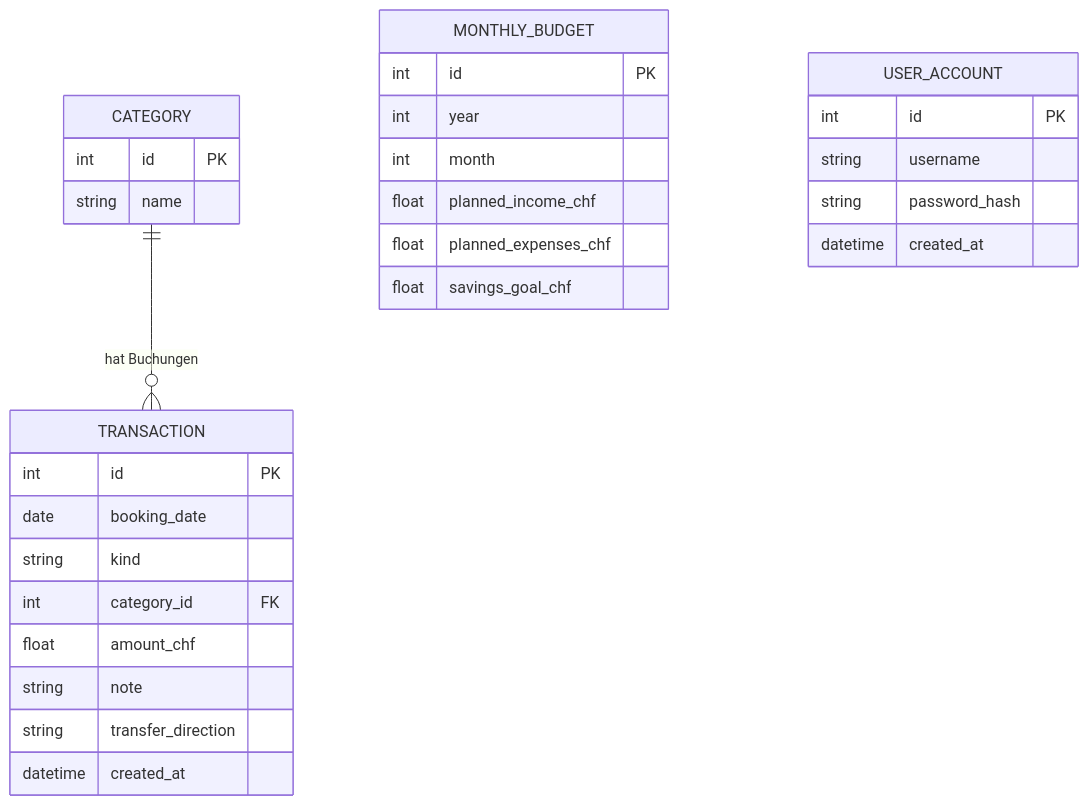
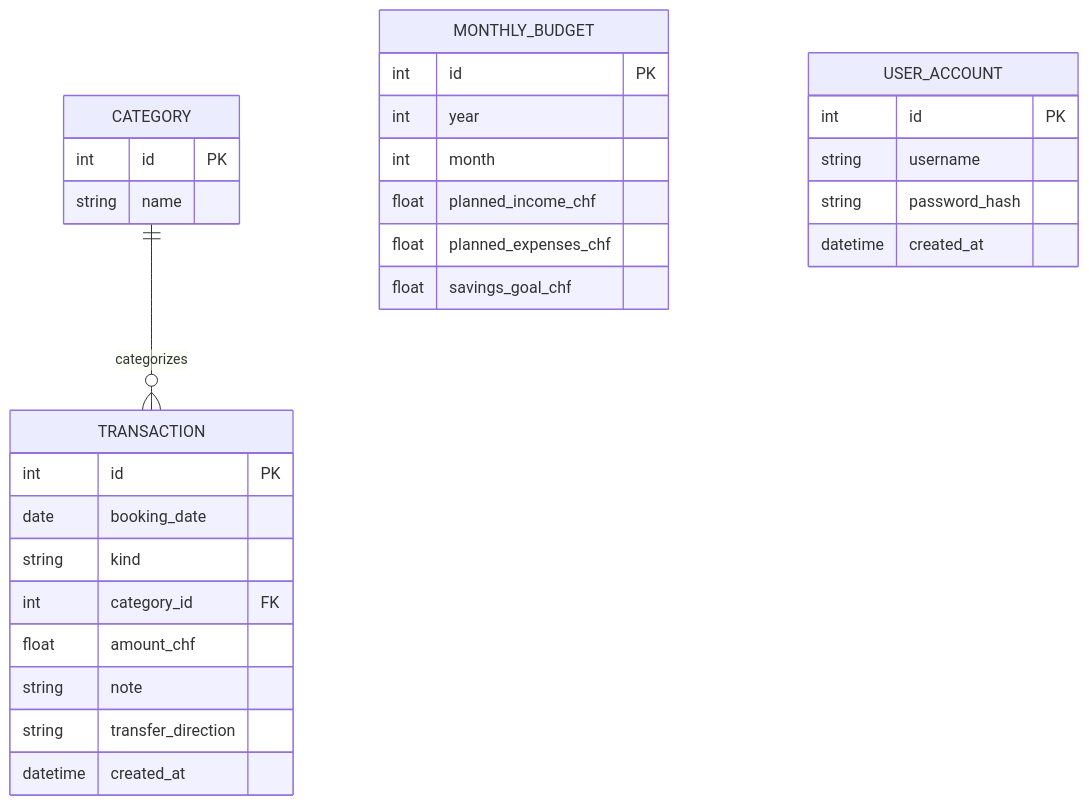
Before and after one commit to mouadr00/personlicher-Budget-Tracker-Webapp: the first of 2 diagrams in README.md, drawn with Mermaid. The commit also changed other lines of this file, not shown here.

````diff
--- a/README.md
+++ b/README.md
@@ -96,36 +271,36 @@
 ```mermaid
 erDiagram
-    CATEGORY ||--o{ TRANSACTION : "hat Buchungen"
+    CATEGORY ||--o{ TRANSACTION : categorizes
 
     CATEGORY {
         int id PK
         string name
     }
 
     TRANSACTION {
         int id PK
         date booking_date
         string kind
         int category_id FK
         float amount_chf
         string note
         string transfer_direction
         datetime created_at
     }
 
     MONTHLY_BUDGET {
         int id PK
         int year
         int month
         float planned_income_chf
         float planned_expenses_chf
         float savings_goal_chf
     }
 
     USER_ACCOUNT {
         int id PK
         string username
         string password_hash
         datetime created_at
     }
 ```
````
